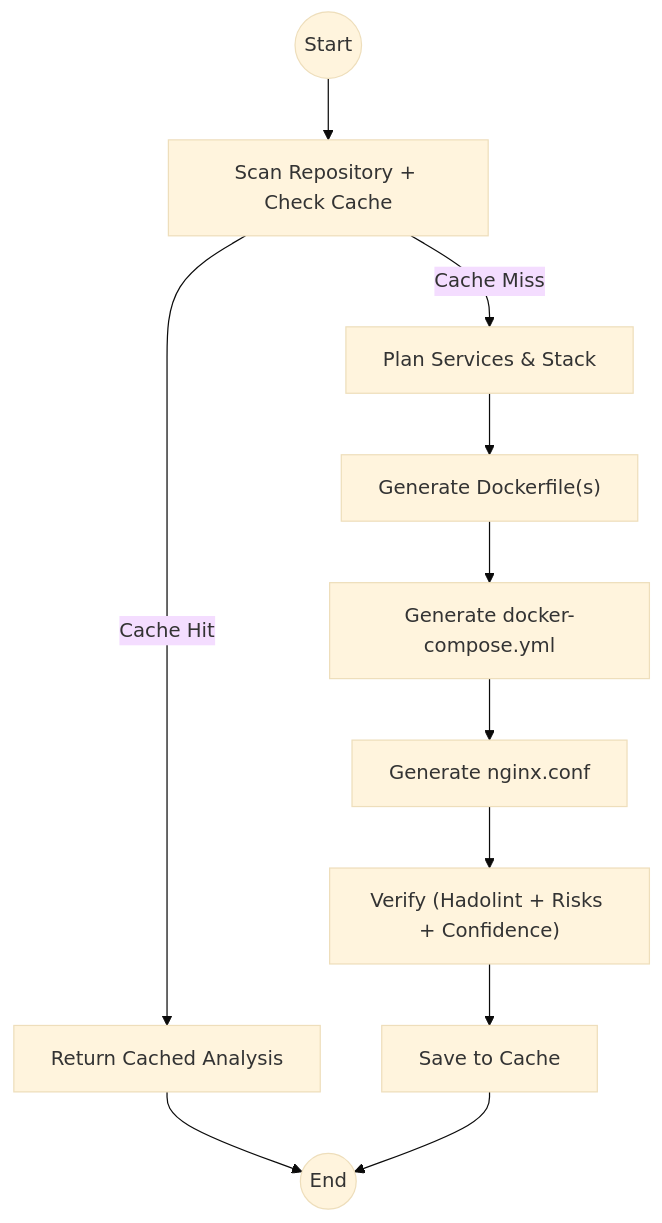
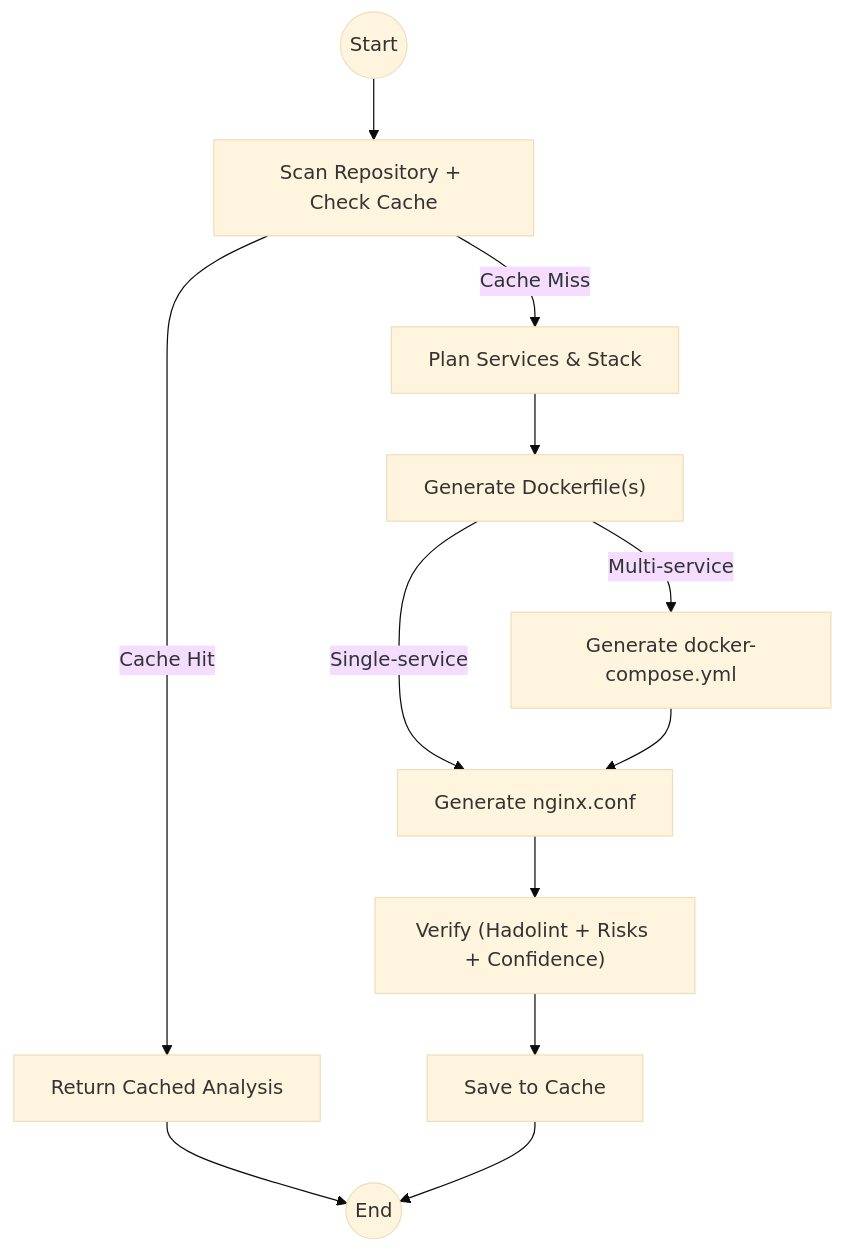
Before and after one commit to anirudh-makuluri/deploypilot-ai: the diagram in README.md, drawn with Mermaid (base theme). The commit also changed other lines of this file and 2 other files, not shown here.

````diff
--- a/README.md
+++ b/README.md
@@ -16,15 +17,16 @@
 ```mermaid
 graph TD
     Start(("Start")) --> Scan["Scan Repository + Check Cache"]
     Scan -->|Cache Hit| ReturnCache["Return Cached Analysis"]
     Scan -->|Cache Miss| Plan["Plan Services & Stack"]
 
     Plan --> Dockerfile["Generate Dockerfile(s)"]
-    Dockerfile --> Compose["Generate docker-compose.yml"]
+    Dockerfile -->|Multi-service| Compose["Generate docker-compose.yml"]
+    Dockerfile -->|Single-service| Nginx["Generate nginx.conf"]
     Compose --> Nginx["Generate nginx.conf"]
     Nginx --> Verify["Verify (Hadolint + Risks + Confidence)"]
     Verify --> Save["Save to Cache"]
 
     ReturnCache --> End(("End"))
     Save --> End
 ```
````
